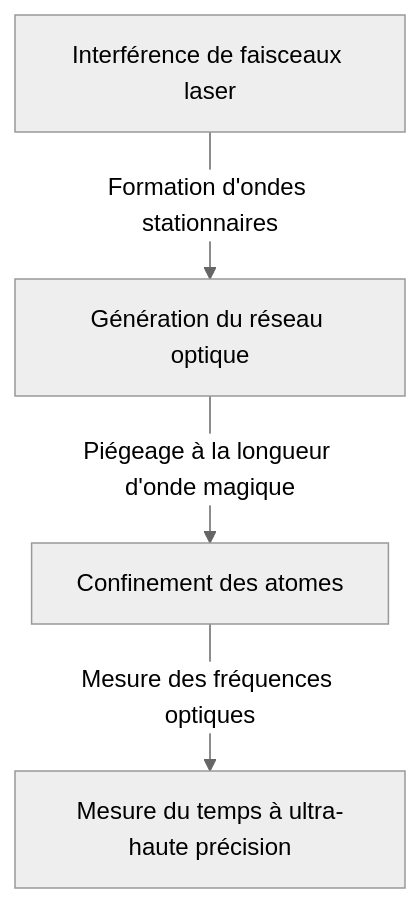
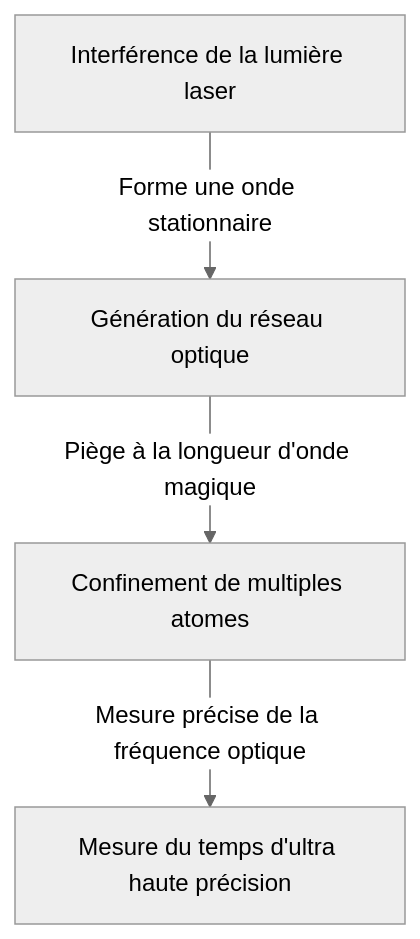
Before and after one commit to kenjinote/blog: the third of 3 diagrams in content/post/history-of-timekeeping-technology/index.fr.md, drawn with Mermaid (neutral theme). The commit also changed other lines of this file and 129 other files, not shown here.

````diff
--- a/content/post/history-of-timekeeping-technology/index.fr.md
+++ b/content/post/history-of-timekeeping-technology/index.fr.md
@@ -67,6 +85,6 @@
 ```mermaid
 graph TD
-    A["Interférence de faisceaux laser"] -- "Formation d'ondes stationnaires" --> B["Génération du réseau optique"]
-    B -- "Piégeage à la longueur d'onde magique" --> C["Confinement des atomes"]
-    C -- "Mesure des fréquences optiques" --> D["Mesure du temps à ultra-haute précision"]
+    A["Interférence de la lumière laser"] -- "Forme une onde stationnaire" --> B["Génération du réseau optique"]
+    B -- "Piège à la longueur d'onde magique" --> C["Confinement de multiples atomes"]
+    C -- "Mesure précise de la fréquence optique" --> D["Mesure du temps d'ultra haute précision"]
 ```
````
